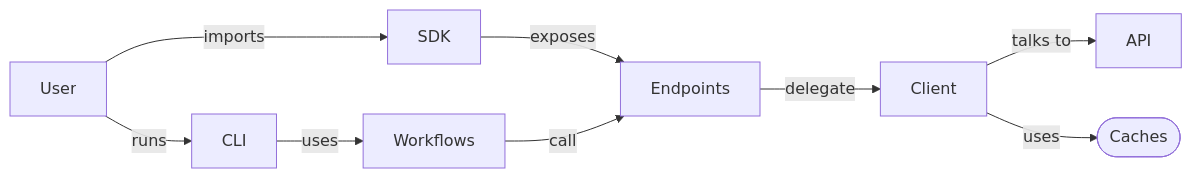
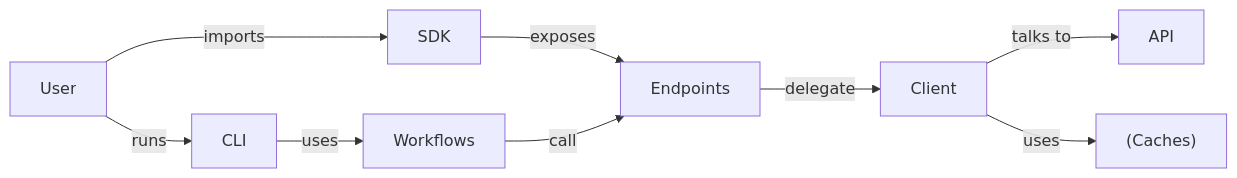
One commit to fderuiter/imednet-python-sdk changed the second of 3 diagrams in docs/architecture.rst. Above: the diagram before and after it, drawn with Mermaid. The commit also changed other lines of this file and 8 other files, not shown here.

```diff
--- a/docs/architecture.rst
+++ b/docs/architecture.rst
@@ -66,11 +66,11 @@
 .. mermaid::
 
    graph LR
        User --> |runs| CLI
        User --> |imports| SDK
        CLI --> |uses| Workflows
        SDK --> |exposes| Endpoints
        Workflows --> |call| Endpoints
        Endpoints --> |delegate| Client
        Client --> |talks to| API
-       Client --> |uses| Cache(["Caches"])
+       Client --> |uses| Cache["(Caches)"]
```
